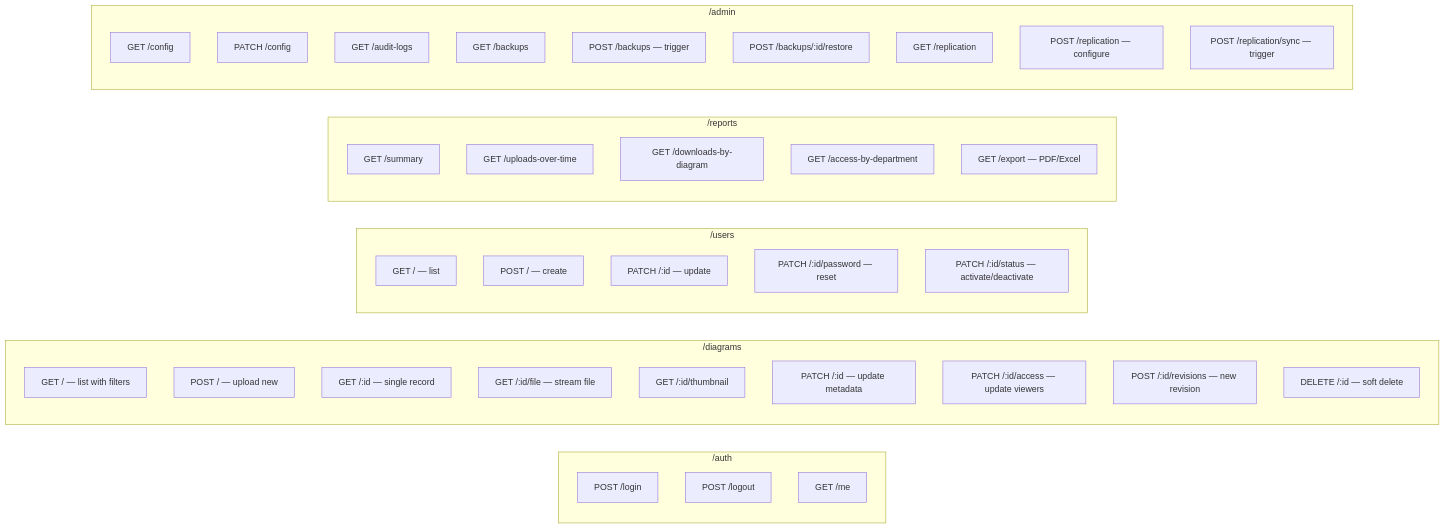
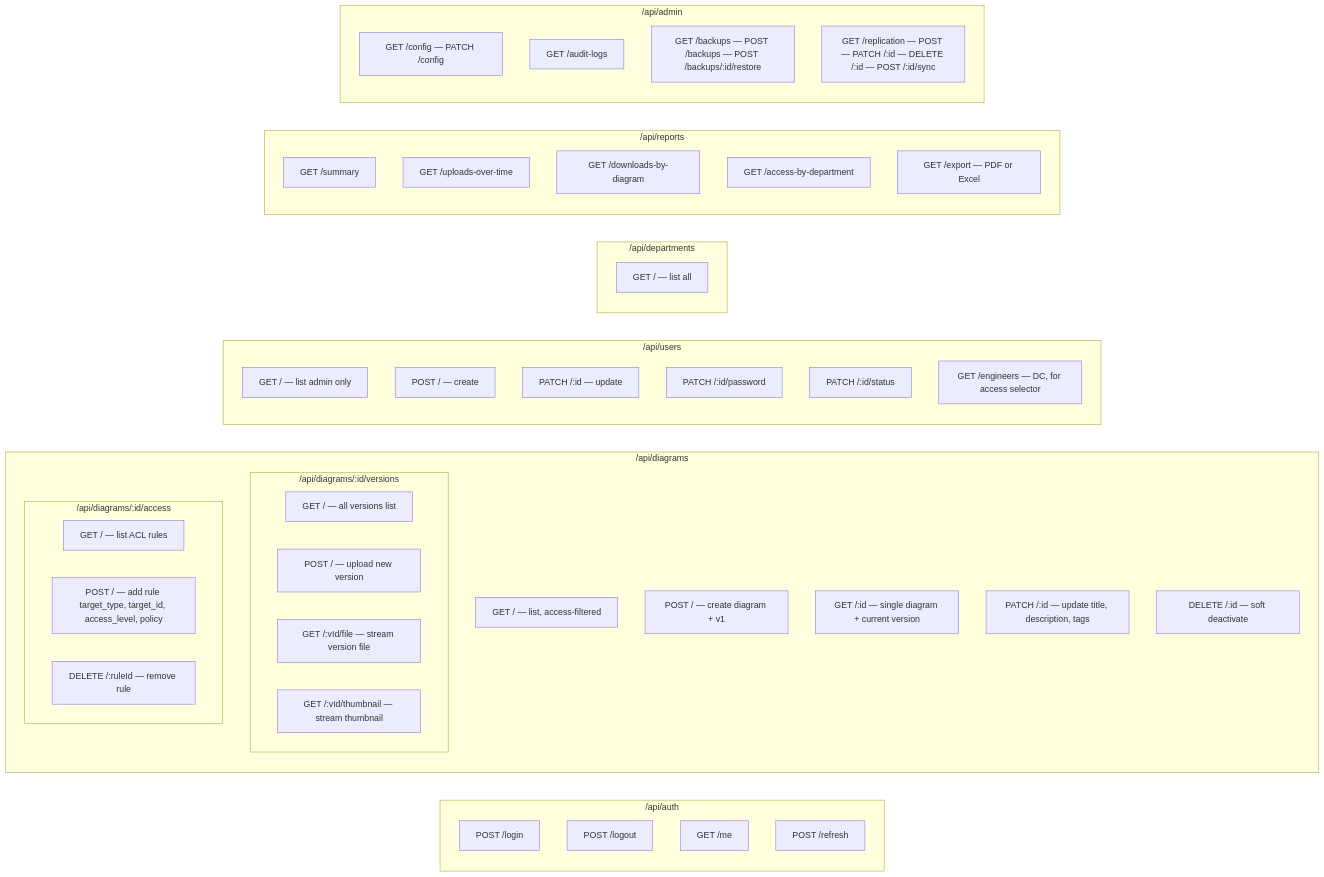
Before and after one commit to MoKenawy/Diagram-management-System: the tenth of 12 diagrams in README.md, drawn with Mermaid. The commit also changed other lines of this file, not shown here.

````diff
--- a/README.md
+++ b/README.md
@@ -582,48 +671,58 @@
 ```mermaid
 flowchart LR
-    subgraph AUTH["/auth"]
+    subgraph AUTH["/api/auth"]
         A1[POST /login]
         A2[POST /logout]
         A3[GET /me]
+        A4[POST /refresh]
     end
 
-    subgraph DIAGRAMS["/diagrams"]
-        D1[GET / — list with filters]
-        D2[POST / — upload new]
-        D3[GET /:id — single record]
-        D4[GET /:id/file — stream file]
-        D5[GET /:id/thumbnail]
-        D6[PATCH /:id — update metadata]
-        D7[PATCH /:id/access — update viewers]
-        D8[POST /:id/revisions — new revision]
-        D9[DELETE /:id — soft delete]
+    subgraph DIAGRAMS["/api/diagrams"]
+        D1[GET / — list, access-filtered]
+        D2[POST / — create diagram + v1]
+        D3[GET /:id — single diagram + current version]
+        D4[PATCH /:id — update title, description, tags]
+        D5[DELETE /:id — soft deactivate]
+
+        subgraph VERSIONS["/api/diagrams/:id/versions"]
+            V1[GET / — all versions list]
+            V2[POST / — upload new version]
+            V3[GET /:vId/file — stream version file]
+            V4[GET /:vId/thumbnail — stream thumbnail]
+        end
+
+        subgraph ACCESS["/api/diagrams/:id/access"]
+            AC1[GET / — list ACL rules]
+            AC2[POST / — add rule target_type, target_id, access_level, policy]
+            AC3[DELETE /:ruleId — remove rule]
+        end
     end
 
-    subgraph USERS["/users"]
-        U1[GET / — list]
+    subgraph USERS["/api/users"]
+        U1[GET / — list admin only]
         U2[POST / — create]
         U3[PATCH /:id — update]
-        U4[PATCH /:id/password — reset]
-        U5[PATCH /:id/status — activate/deactivate]
+        U4[PATCH /:id/password]
+        U5[PATCH /:id/status]
+        U6[GET /engineers — DC, for access selector]
     end
 
-    subgraph REPORTS["/reports"]
+    subgraph DEPTS["/api/departments"]
+        DP1[GET / — list all]
+    end
+
+    subgraph REPORTS["/api/reports"]
         R1[GET /summary]
         R2[GET /uploads-over-time]
         R3[GET /downloads-by-diagram]
         R4[GET /access-by-department]
-        R5[GET /export — PDF/Excel]
+        R5[GET /export — PDF or Excel]
     end
 
-    subgraph ADMIN["/admin"]
-        AD1[GET /config]
-        AD2[PATCH /config]
-        AD3[GET /audit-logs]
-        AD4[GET /backups]
-        AD5[POST /backups — trigger]
-        AD6[POST /backups/:id/restore]
-        AD7[GET /replication]
-        AD8[POST /replication — configure]
-        AD9[POST /replication/sync — trigger]
+    subgraph ADMIN["/api/admin"]
+        AD1[GET /config — PATCH /config]
+        AD2[GET /audit-logs]
+        AD3[GET /backups — POST /backups — POST /backups/:id/restore]
+        AD4[GET /replication — POST — PATCH /:id — DELETE /:id — POST /:id/sync]
     end
 ```
````
